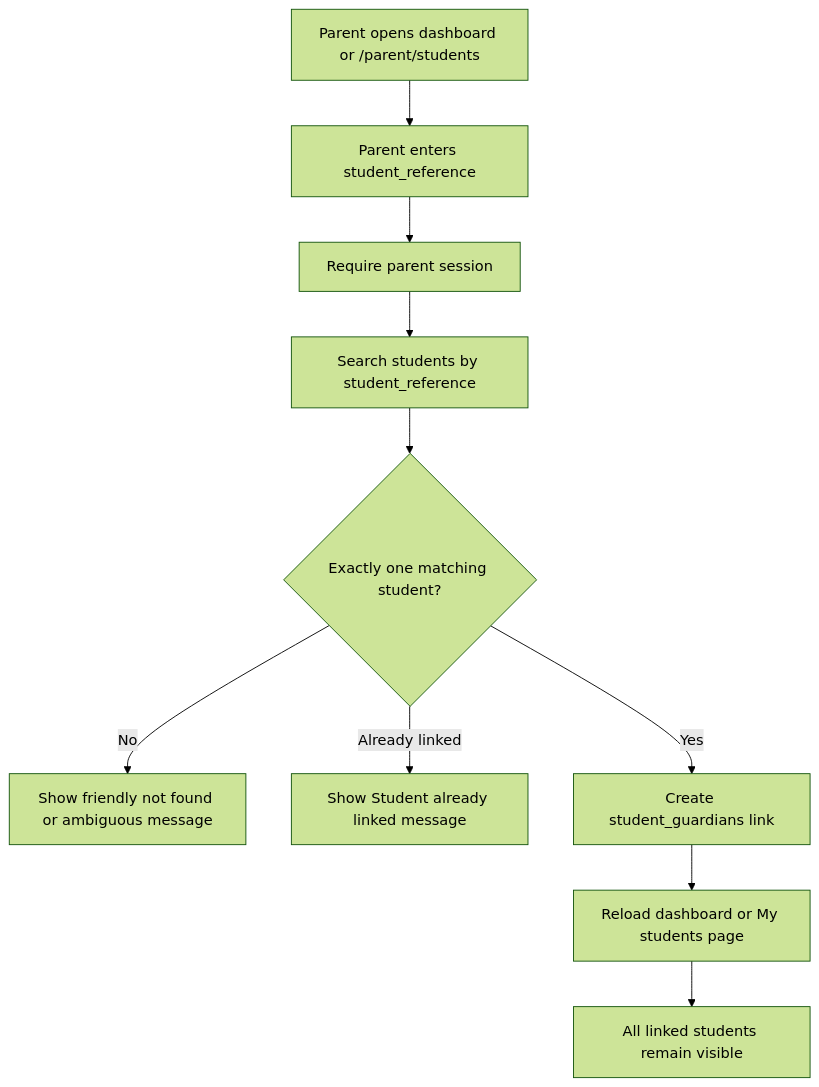
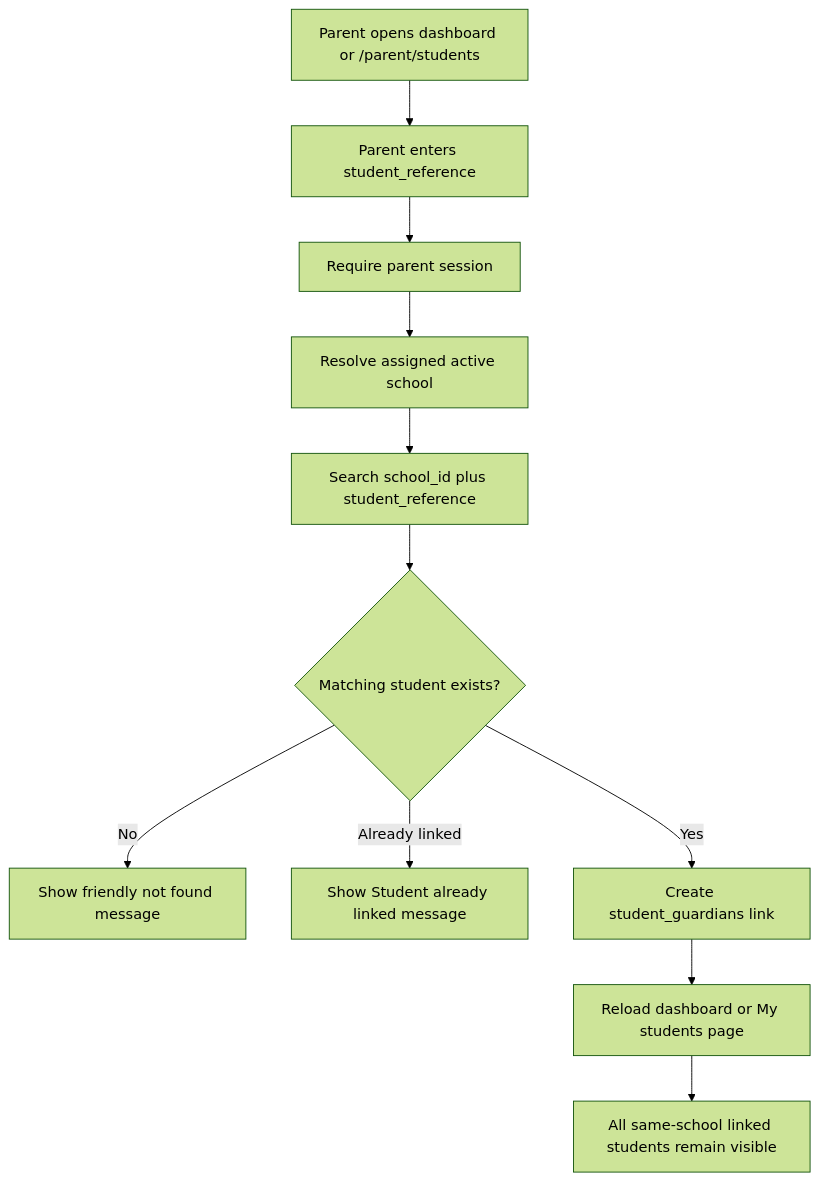
One commit to Xeyn19/xmetapay changed diagram 13 of 23 in docs/PROJECT_FLOWCHARTS.md. Above: the diagram before and after it, drawn with Mermaid (forest theme). The commit also changed other lines of this file and 34 other files, not shown here.

````diff
--- a/docs/PROJECT_FLOWCHARTS.md
+++ b/docs/PROJECT_FLOWCHARTS.md
@@ -466,12 +469,13 @@
 ```mermaid
 flowchart TD
   A["Parent opens dashboard or /parent/students"] --> B["Parent enters student_reference"]
   B --> C["Require parent session"]
-  C --> D["Search students by student_reference"]
-  D --> E{"Exactly one matching student?"}
-  E -->|No| F["Show friendly not found or ambiguous message"]
-  E -->|Already linked| G["Show Student already linked message"]
-  E -->|Yes| H["Create student_guardians link"]
-  H --> I["Reload dashboard or My students page"]
-  I --> J["All linked students remain visible"]
+  C --> D["Resolve assigned active school"]
+  D --> E["Search school_id plus student_reference"]
+  E --> F{"Matching student exists?"}
+  F -->|No| G["Show friendly not found message"]
+  F -->|Already linked| H["Show Student already linked message"]
+  F -->|Yes| I["Create student_guardians link"]
+  I --> J["Reload dashboard or My students page"]
+  J --> K["All same-school linked students remain visible"]
 ```
````
